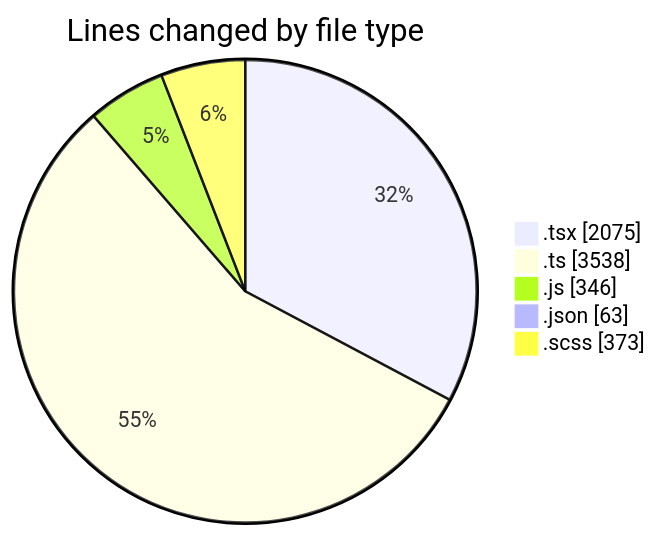
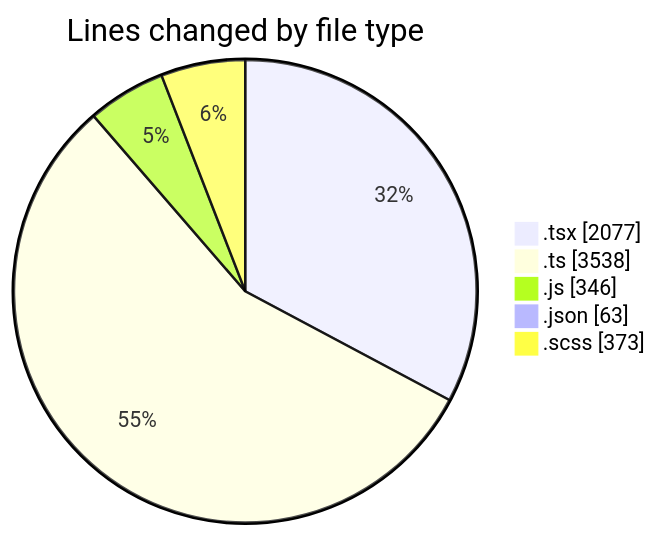
Before and after one commit to momahboobian/code-tracking: the first of 2 diagrams in 2025-12-01/cda/README.md, drawn with Mermaid. The commit also changed other lines of this file and 1 other file, not shown here.

````diff
--- a/2025-12-01/cda/README.md
+++ b/2025-12-01/cda/README.md
@@ -33,9 +33,9 @@
 ```mermaid
 pie showData
 title Lines changed by file type
-".tsx" : 2075
+".tsx" : 2077
 ".ts" : 3538
 ".js" : 346
 ".json" : 63
 ".scss" : 373
 ```
````
